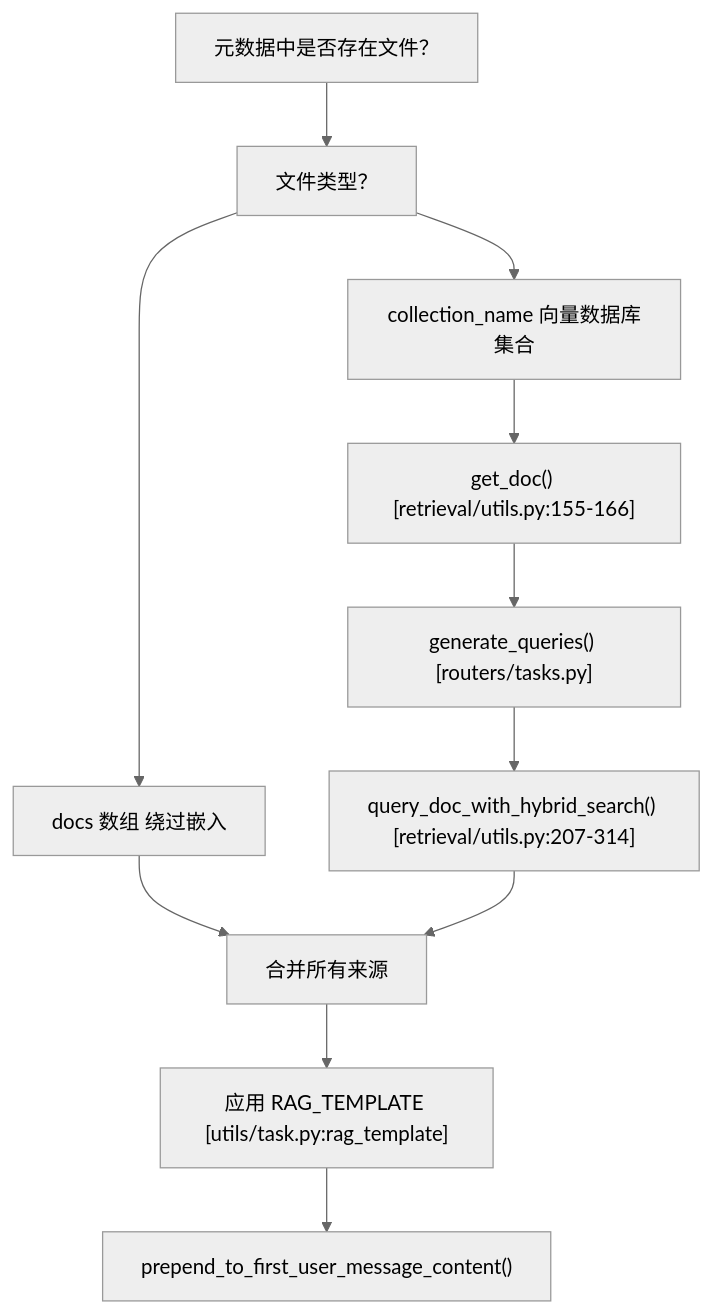
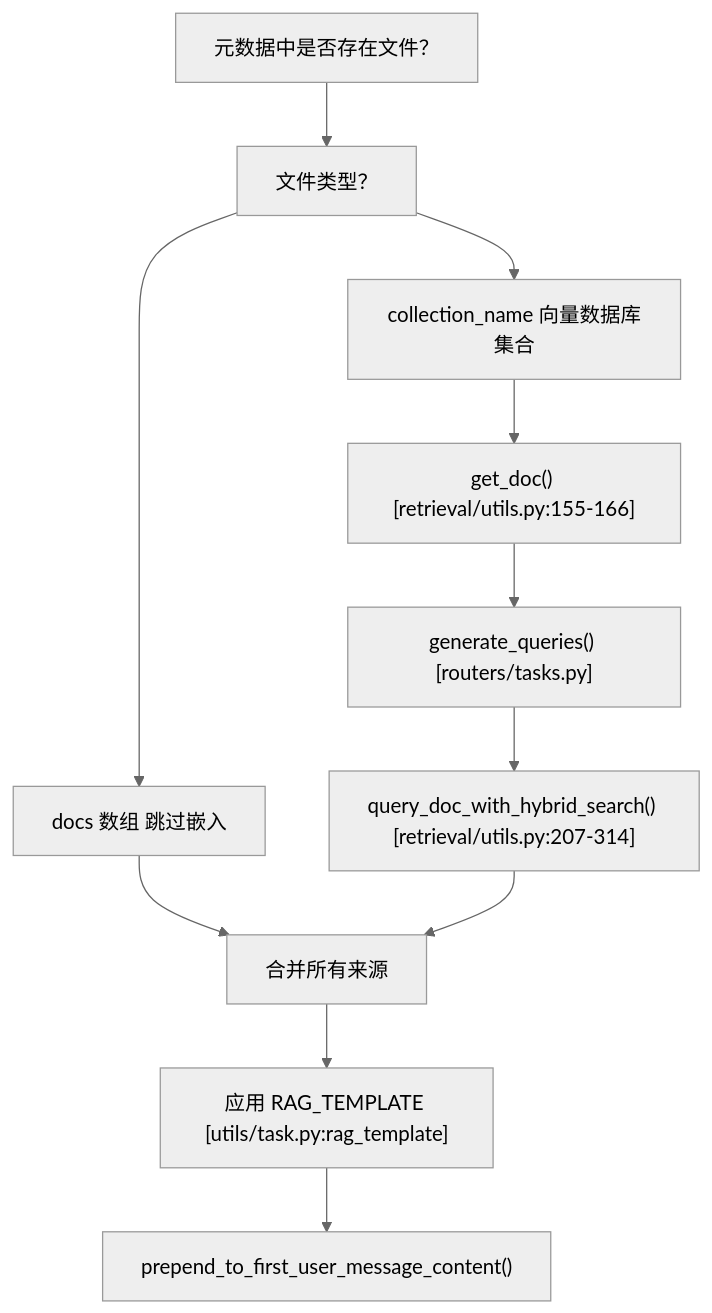
One commit to Chesszyh/Wiki changed the fourth of 10 diagrams in tests/open-webui_deepwiki/zh/6-backend-processing-pipeline.md. Above: the diagram before and after it, drawn with Mermaid (neutral theme). The commit also changed other lines of this file and 234 other files, not shown here.

````diff
--- a/tests/open-webui_deepwiki/zh/6-backend-processing-pipeline.md
+++ b/tests/open-webui_deepwiki/zh/6-backend-processing-pipeline.md
@@ -162,24 +162,24 @@
 ```mermaid
 flowchart TD
     CheckFiles["元数据中是否存在文件？"]
     FileType["文件类型？"]
     Collection["collection_name 向量数据库集合"]
-    RawDocs["docs 数组 绕过嵌入"]
+    RawDocs["docs 数组 跳过嵌入"]
     GetDocs["get_doc() [retrieval/utils.py:155-166]"]
     QueryGen["generate_queries() [routers/tasks.py]"]
     QueryDocs["query_doc_with_hybrid_search() [retrieval/utils.py:207-314]"]
     MergeSources["合并所有来源"]
     RAGTemplate["应用 RAG_TEMPLATE [utils/task.py:rag_template]"]
     UpdatePrompt["prepend_to_first_user_message_content()"]
 
     CheckFiles --> FileType
     FileType --> Collection
     FileType --> RawDocs
     Collection --> GetDocs
     GetDocs --> QueryGen
     QueryGen --> QueryDocs
     RawDocs --> MergeSources
     QueryDocs --> MergeSources
     MergeSources --> RAGTemplate
     RAGTemplate --> UpdatePrompt
 ```
````
